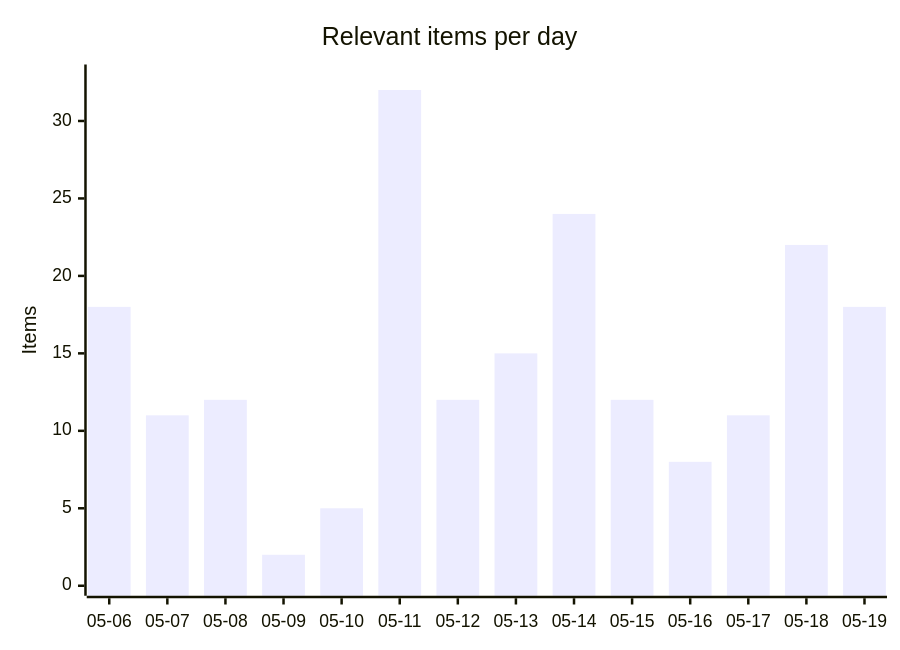
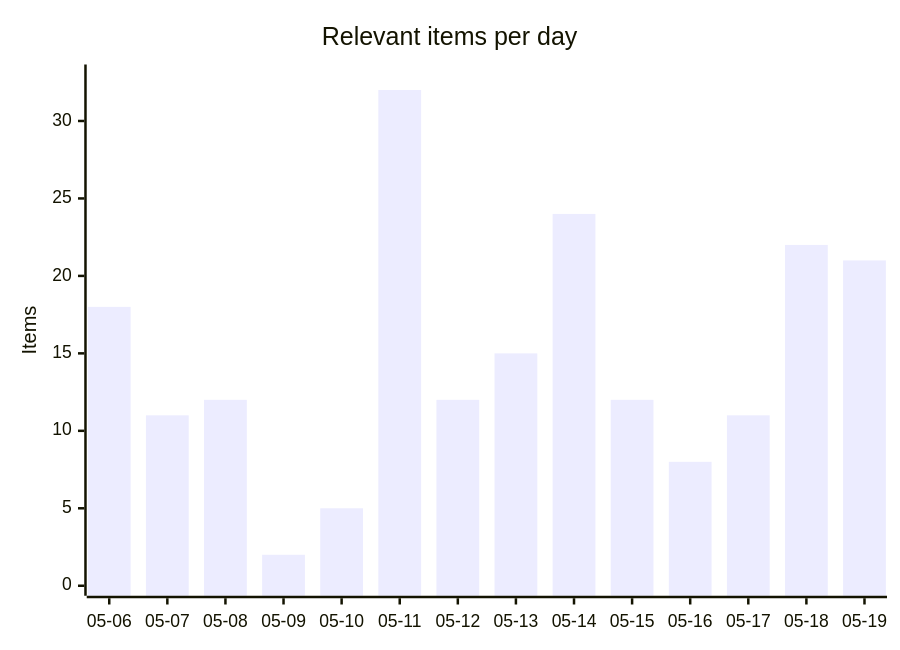
One commit to martinbalfanz/social-scanner-reports changed the first of 4 diagrams in README.md. Above: the diagram before and after it, drawn with Mermaid. The commit also changed other lines of this file and 6 other files, not shown here.

````diff
--- a/README.md
+++ b/README.md
@@ -30,7 +30,7 @@
 ```mermaid
 xychart-beta
     title "Relevant items per day"
     x-axis ["05-06", "05-07", "05-08", "05-09", "05-10", "05-11", "05-12", "05-13", "05-14", "05-15", "05-16", "05-17", "05-18", "05-19"]
     y-axis "Items" 0 --> 33
-    bar [18, 11, 12, 2, 5, 32, 12, 15, 24, 12, 8, 11, 22, 18]
+    bar [18, 11, 12, 2, 5, 32, 12, 15, 24, 12, 8, 11, 22, 21]
 ```
````
